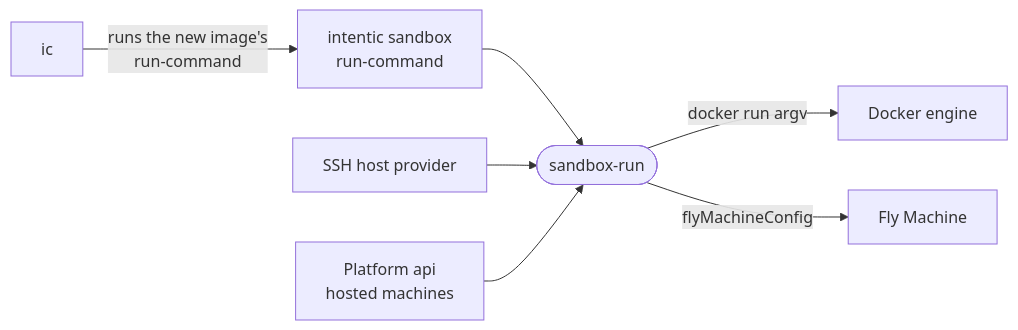
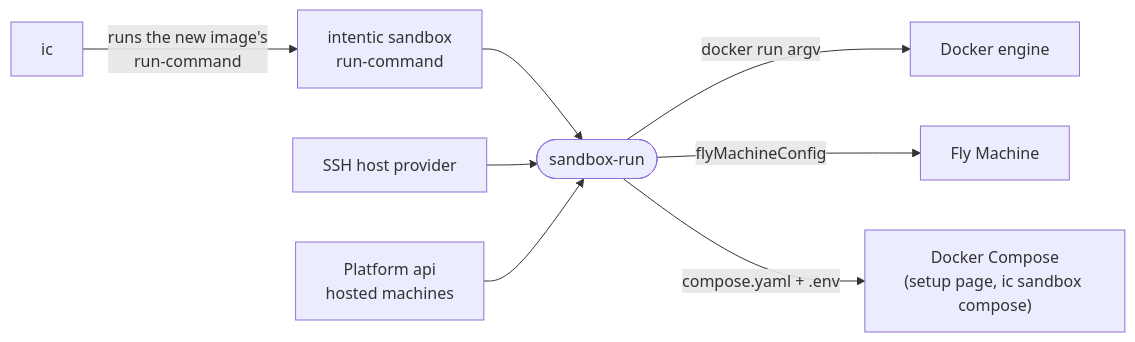
One commit to intentic/intentic changed the diagram in _shared/sandbox-run/README.md. Above: the diagram before and after it, drawn with Mermaid. The commit also changed other lines of this file and 131 other files, not shown here.

First line of the commit message:
feat(sandbox): move sandboxes between hosts and run host-folder compose stacks

````diff
--- a/_shared/sandbox-run/README.md
+++ b/_shared/sandbox-run/README.md
@@ -5,9 +5,10 @@
 ```mermaid
 flowchart LR
     ic["ic"] -- "runs the new image's<br/>run-command" --> cli["intentic sandbox<br/>run-command"]
     cli --> run(["sandbox-run"])
     providers["SSH host provider"] --> run
     hosted["Platform api<br/>hosted machines"] --> run
     run -- "docker run argv" --> docker["Docker engine"]
     run -- "flyMachineConfig" --> fly["Fly Machine"]
+    run -- "compose.yaml + .env" --> compose["Docker Compose<br/>(setup page, ic sandbox compose)"]
 ```
````
